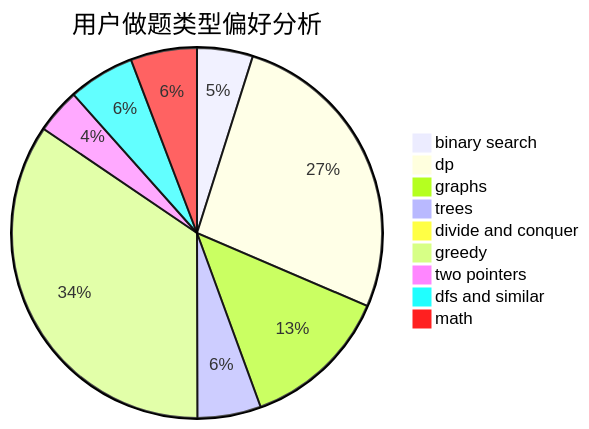
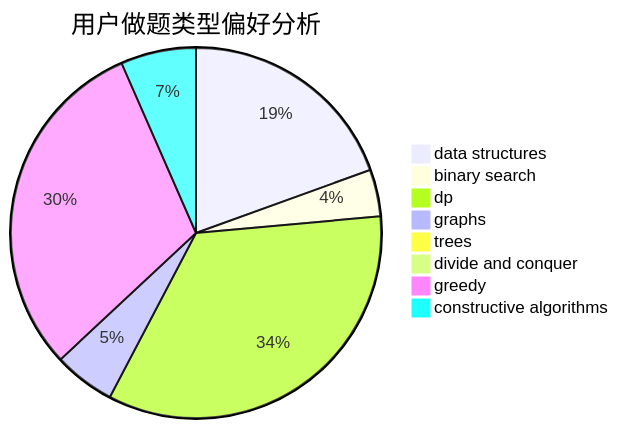
The second of 3 diagrams in docs/user/u1967.md (sherpahu/cfrs.github.io), drawn with Mermaid before and after one commit. The commit also changed other lines of this file and 2775 other files, not shown here.

````diff
--- a/docs/user/u1967.md
+++ b/docs/user/u1967.md
@@ -23,12 +23,11 @@
 ```mermaid
 pie title 用户做题类型偏好分析
-    "binary search" :  158
-    "dp" :  862
-    "graphs" :  421
-    "trees" :  180
-    "divide and conquer" :  7
-    "greedy" :  1120
-    "two pointers" :  127
-    "dfs and similar" :  188
-    "math" :  188
+    "data structures" :  400
+    "binary search" :  84
+    "dp" :  701
+    "graphs" :  110
+    "trees" :  15
+    "divide and conquer" :  0
+    "greedy" :  624
+    "constructive algorithms" :  135
 ```
````
